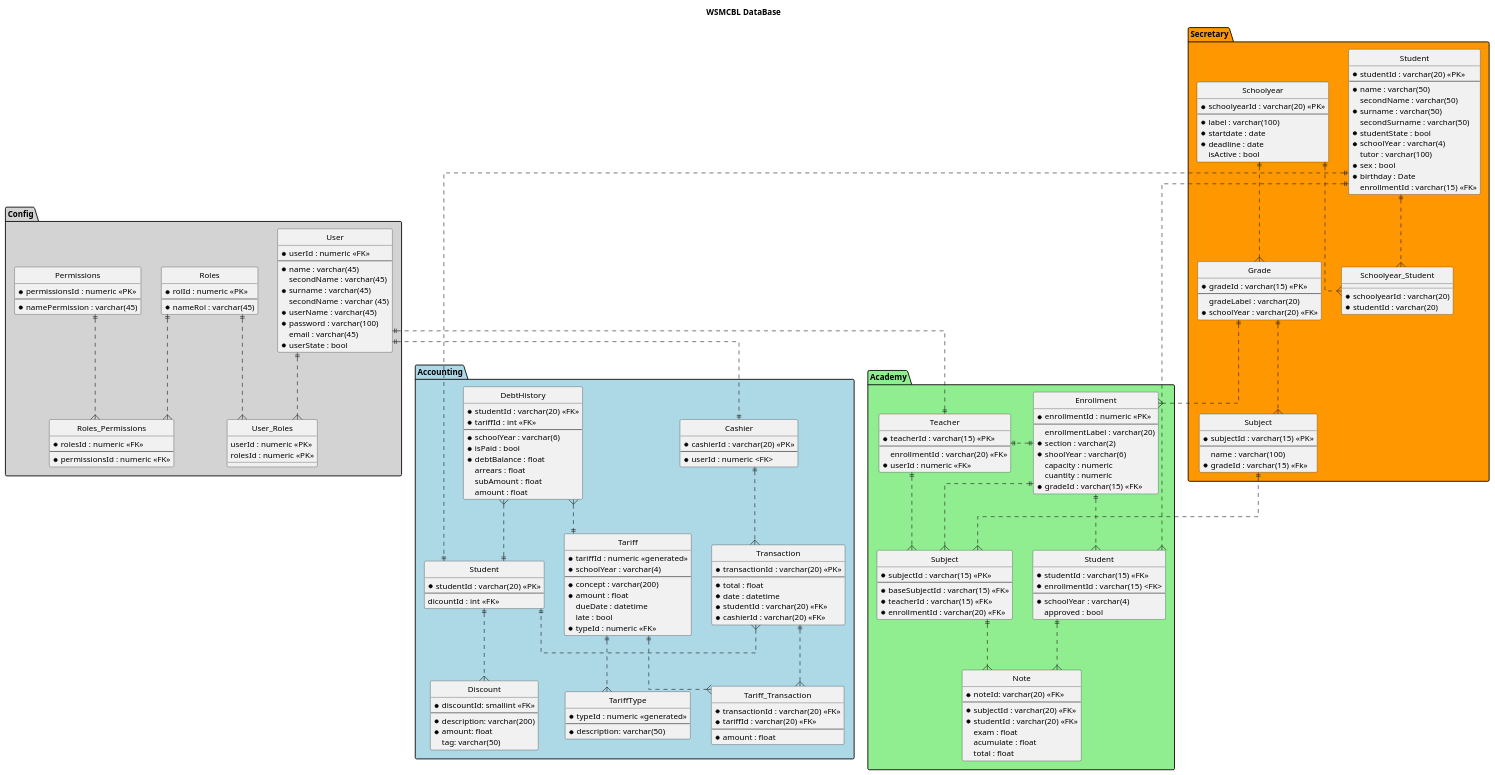
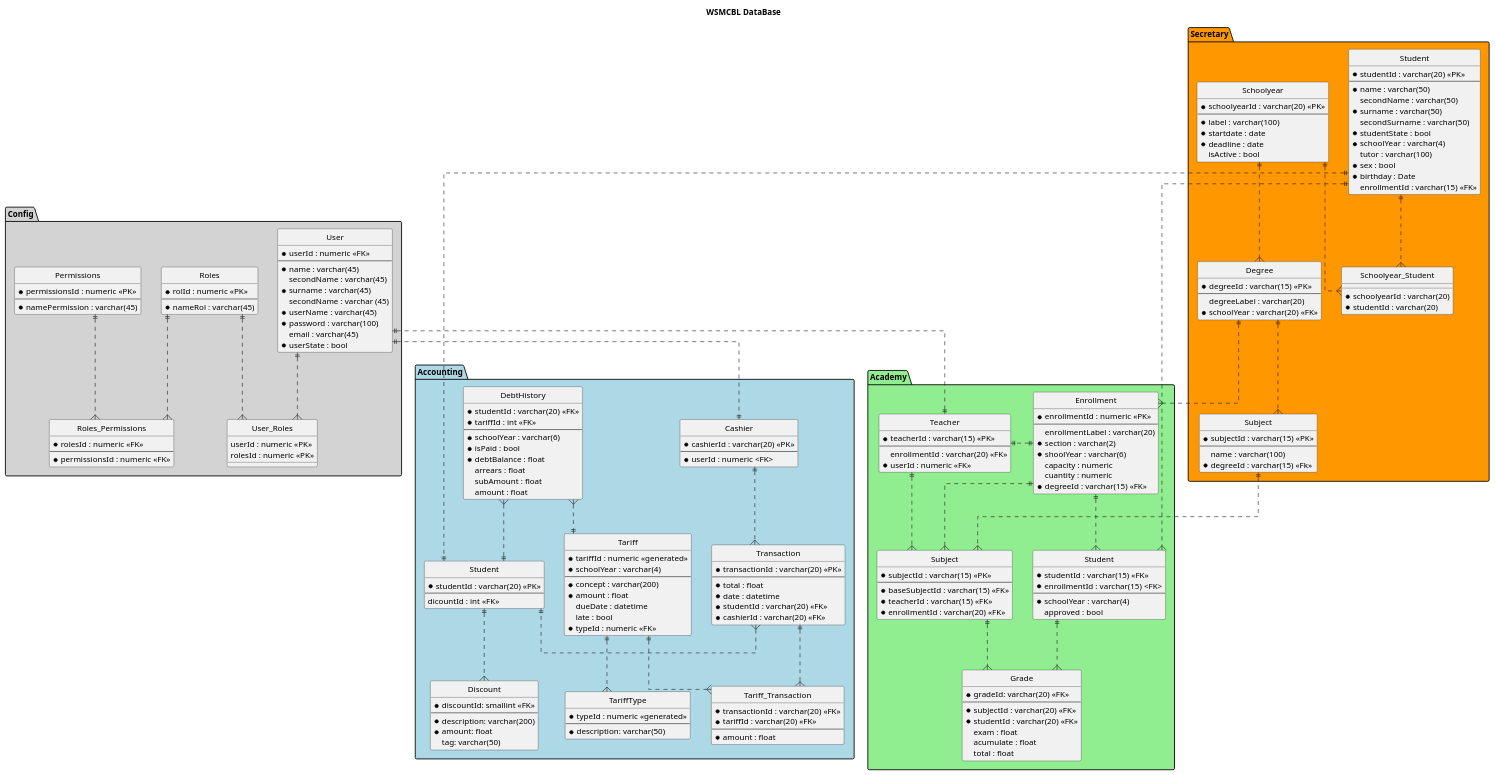
One commit to wsmcbl/wsmcbl.doc changed the diagram in DesignView/database.puml. Above: the diagram before and after it, drawn with PlantUML. The commit also changed 12 other files, not shown here.

```diff
--- a/DesignView/database.puml
+++ b/DesignView/database.puml
@@ -89,11 +89,11 @@
         * studentId : varchar(20)
     }
 
-    entity Grade
+    entity Degree
     {
-        *gradeId : varchar(15) <<PK>>
+        *degreeId : varchar(15) <<PK>>
         --
-        gradeLabel : varchar(20)
+        degreeLabel : varchar(20)
         * schoolYear : varchar(20) <<FK>>
     }
 
@@ -102,13 +102,13 @@
         * subjectId : varchar(15) <<PK>>
         --
         name : varchar(100)
-        * gradeId : varchar(15) <<Fk>>
+        * degreeId : varchar(15) <<Fk>>
     }
 
     Student ||..{ Schoolyear_Student
     Schoolyear ||..{ Schoolyear_Student
-    Schoolyear ||..{ Grade
-    Grade ||..{ Subject
+    Schoolyear ||..{ Degree
+    Degree ||..{ Subject
 }
 
 package Accounting #LightBlue
@@ -207,7 +207,7 @@
         * shoolYear : varchar(6)
         capacity : numeric
         cuantity : numeric
-        * gradeId : varchar(15) <<FK>>
+        * degreeId : varchar(15) <<FK>>
     }
 
     entity Teacher
@@ -236,9 +236,9 @@
         approved : bool
     }
 
-    entity Note
+    entity Grade
     {
-        * noteId: varchar(20) <<FK>>
+        * gradeId: varchar(20) <<FK>>
         --
         * subjectId : varchar(20) <<FK>>
         * studentId : varchar(20) <<FK>>
@@ -251,15 +251,15 @@
     Teacher ||..{ Subject
     Enrollment ||.left.{ Subject
     Enrollment ||..{ Student
-    Subject ||..{ Note
-    Student ||..{ Note
+    Subject ||..{ Grade
+    Student ||..{ Grade
 
 }
 
 Secretary.Student ||..{ Academy.Student
 Secretary.Student ||..|| Accounting.Student
 Secretary.Subject ||..{ Academy.Subject
-Secretary.Grade ||..{ Academy.Enrollment
+Secretary.Degree ||..{ Academy.Enrollment
 User ||..|| Cashier
 User ||..|| Teacher
 
```
